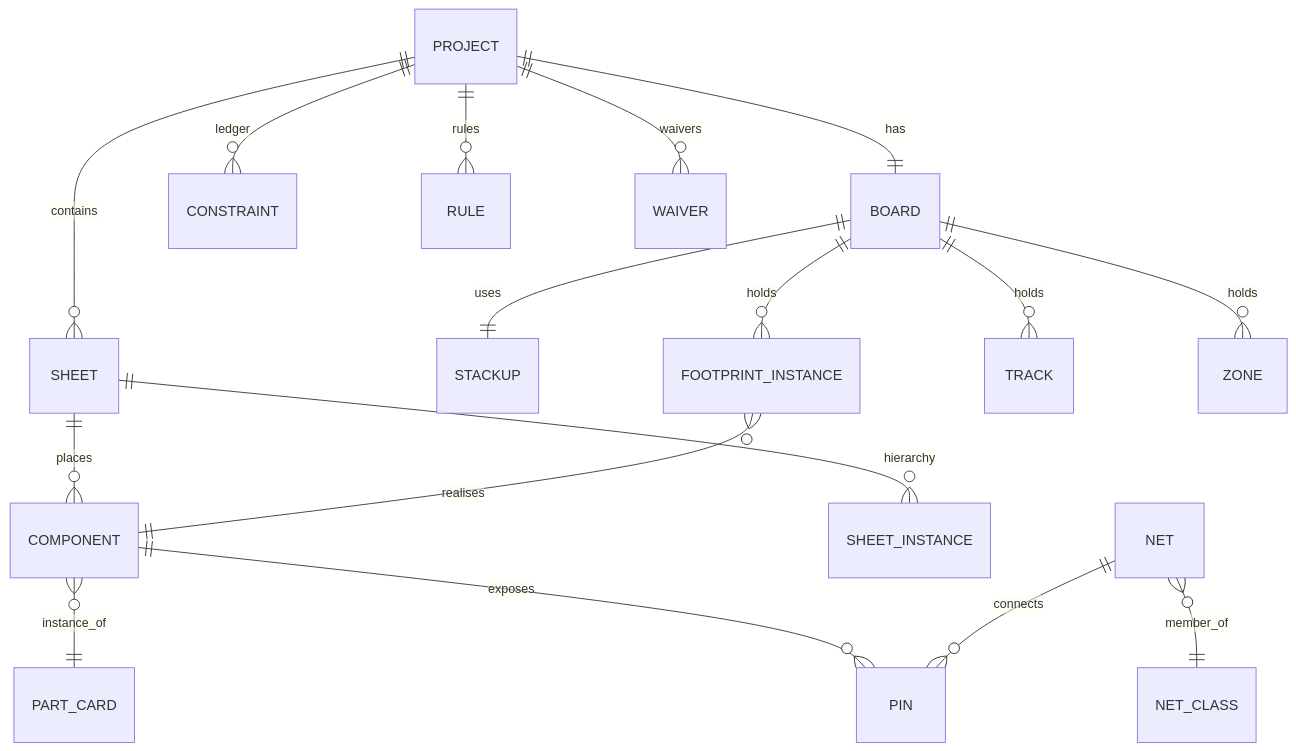
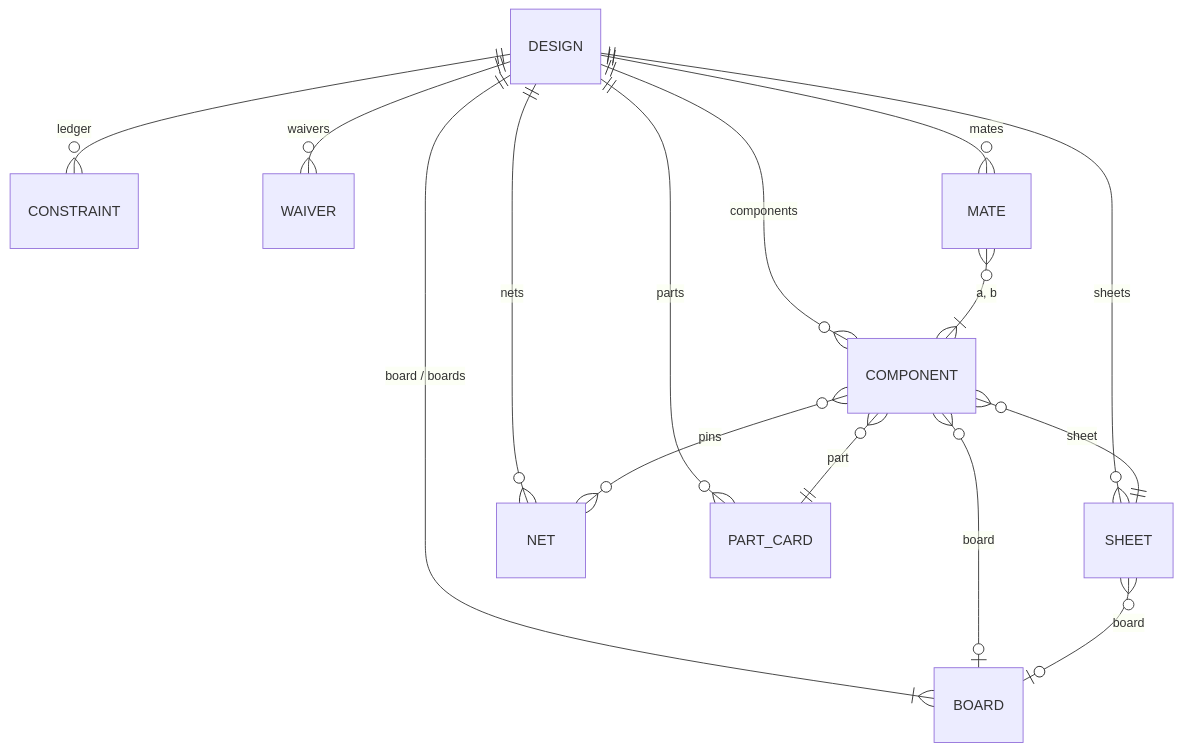
One commit to hoihu/4k7 changed the diagram in docs/design/data-model.md. Above: the diagram before and after it, drawn with Mermaid. The commit also changed other lines of this file and 11 other files, not shown here.

````diff
--- a/docs/design/data-model.md
+++ b/docs/design/data-model.md
@@ -20,19 +23,17 @@
 ```mermaid
 erDiagram
-  PROJECT ||--o{ SHEET : contains
-  PROJECT ||--|| BOARD : has
-  PROJECT ||--o{ CONSTRAINT : ledger
-  PROJECT ||--o{ RULE : rules
-  PROJECT ||--o{ WAIVER : waivers
-  SHEET ||--o{ COMPONENT : places
-  SHEET ||--o{ SHEET_INSTANCE : hierarchy
-  COMPONENT }o--|| PART_CARD : instance_of
-  COMPONENT ||--o{ PIN : exposes
-  NET ||--o{ PIN : connects
-  NET }o--|| NET_CLASS : member_of
-  BOARD ||--|| STACKUP : uses
-  BOARD ||--o{ FOOTPRINT_INSTANCE : holds
-  BOARD ||--o{ TRACK : holds
-  BOARD ||--o{ ZONE : holds
-  FOOTPRINT_INSTANCE }o--|| COMPONENT : realises
+  DESIGN ||--o{ SHEET : sheets
+  DESIGN ||--o{ COMPONENT : components
+  DESIGN ||--o{ NET : nets
+  DESIGN ||--o{ PART_CARD : parts
+  DESIGN ||--o{ CONSTRAINT : ledger
+  DESIGN ||--o{ WAIVER : waivers
+  DESIGN ||--|{ BOARD : "board / boards"
+  DESIGN ||--o{ MATE : mates
+  COMPONENT }o--|| PART_CARD : part
+  COMPONENT }o--|| SHEET : sheet
+  COMPONENT }o--o| BOARD : board
+  SHEET }o--o| BOARD : board
+  COMPONENT }o--o{ NET : "pins"
+  MATE }o--|{ COMPONENT : "a, b"
 ```
````
